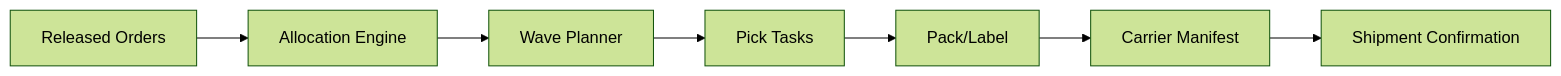
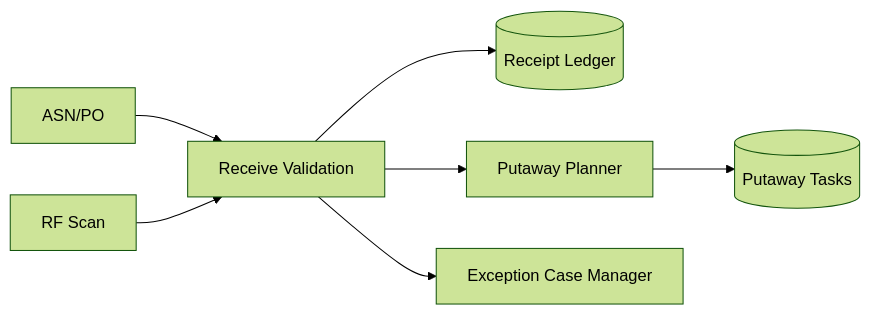
Before and after one commit to 0Ankit0/Project-Ideas: the second of 2 diagrams in Warehouse Management System/high-level-design/data-flow-diagrams.md, drawn with Mermaid (forest theme). The commit also changed other lines of this file and 38 other files, not shown here.

````diff
--- a/Warehouse Management System/high-level-design/data-flow-diagrams.md
+++ b/Warehouse Management System/high-level-design/data-flow-diagrams.md
@@ -14,9 +18,9 @@
 ```mermaid
 flowchart LR
-    Orders[Released Orders] --> Allocate[Allocation Engine]
-    Allocate --> Wave[Wave Planner]
-    Wave --> Tasks[Pick Tasks]
-    Tasks --> Pack[Pack/Label]
-    Pack --> Ship[Carrier Manifest]
-    Ship --> Confirm[Shipment Confirmation]
+    ERP[ASN/PO] --> R1[Receive Validation]
+    Scanner[RF Scan] --> R1
+    R1 --> D5[(Receipt Ledger)]
+    R1 --> R2[Putaway Planner]
+    R2 --> D6[(Putaway Tasks)]
+    R1 --> EX[Exception Case Manager]
 ```
````
